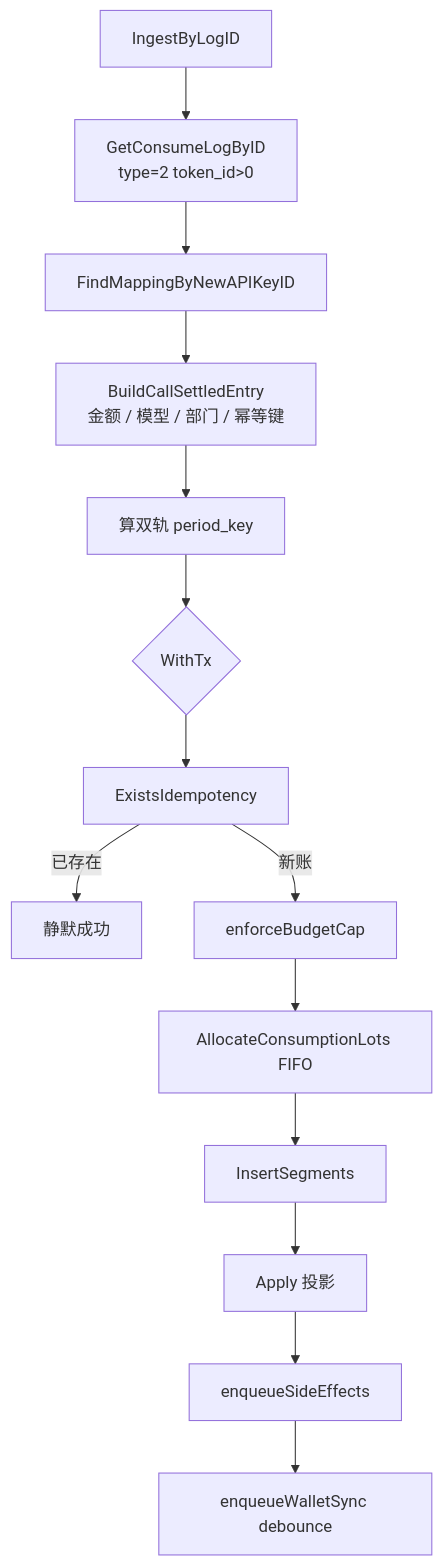
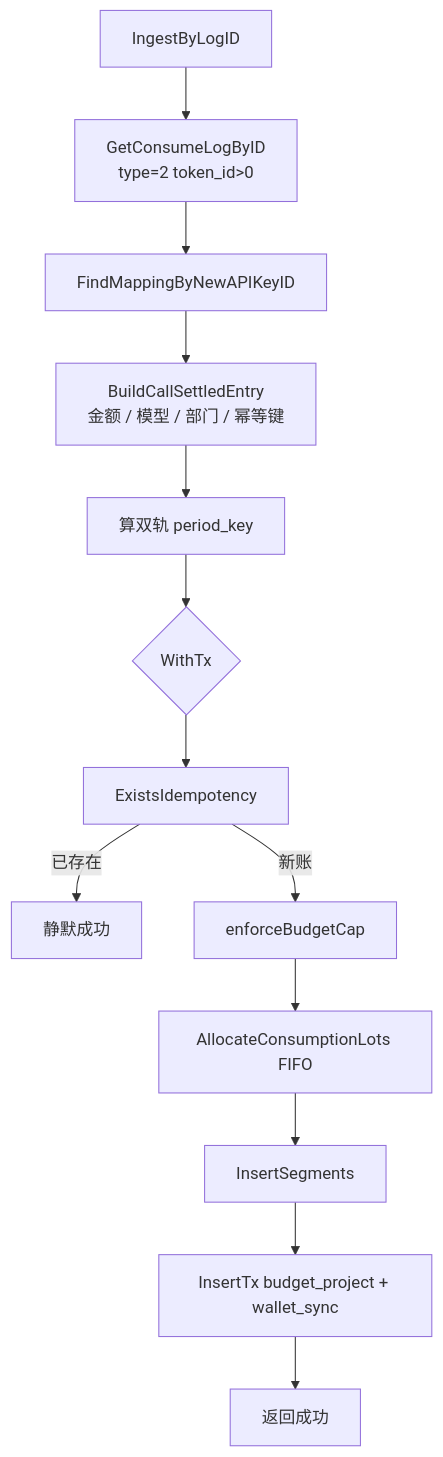
Before and after one commit to quyip8818/mytokenjoy: the sixth of 9 diagrams in docs/Backend-Ingest架构.md, drawn with Mermaid. The commit also changed other lines of this file and 16 other files, not shown here.

````diff
--- a/docs/Backend-Ingest架构.md
+++ b/docs/Backend-Ingest架构.md
@@ -247,16 +248,15 @@
 ```mermaid
 flowchart TB
   A[IngestByLogID] --> B[GetConsumeLogByID<br/>type=2 token_id>0]
   B --> C[FindMappingByNewAPIKeyID]
   C --> D[BuildCallSettledEntry<br/>金额 / 模型 / 部门 / 幂等键]
   D --> E[算双轨 period_key]
   E --> F{WithTx}
   F --> G[ExistsIdempotency]
   G -->|已存在| Z[静默成功]
   G -->|新账| H[enforceBudgetCap]
   H --> I[AllocateConsumptionLots FIFO]
   I --> J[InsertSegments]
-  J --> K[Apply 投影]
-  K --> L[enqueueSideEffects]
-  L --> M[enqueueWalletSync debounce]
+  J --> K[InsertTx budget_project + wallet_sync]
+  K --> Z2[返回成功]
 ```
````
